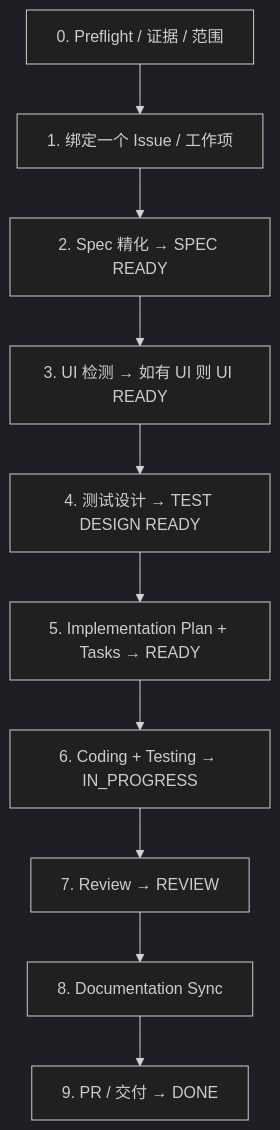
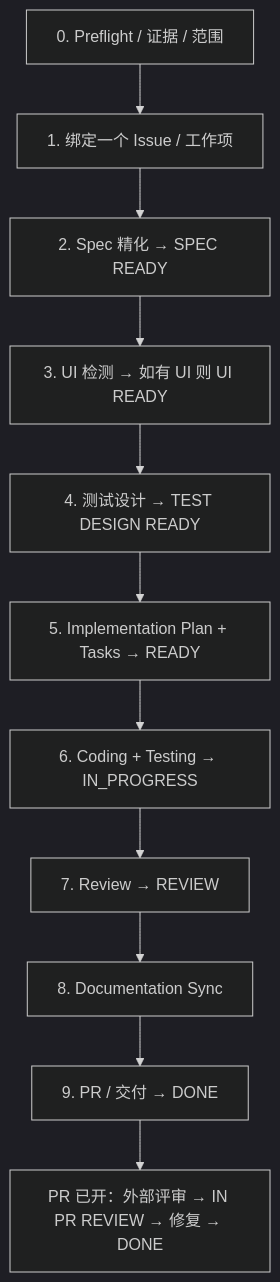
Before and after one commit to MaoyuanYang/foundry: the diagram in docs/zh/feature-dev/index.md, drawn with Mermaid (dark theme). The commit also changed other lines of this file and 50 other files, not shown here.

````diff
--- a/docs/zh/feature-dev/index.md
+++ b/docs/zh/feature-dev/index.md
@@ -13,12 +13,13 @@
 ```mermaid
 flowchart TD
   P0[0. Preflight / 证据 / 范围] --> P1[1. 绑定一个 Issue / 工作项]
   P1 --> P2[2. Spec 精化 → SPEC READY]
   P2 --> P3[3. UI 检测 → 如有 UI 则 UI READY]
   P3 --> P4[4. 测试设计 → TEST DESIGN READY]
   P4 --> P5[5. Implementation Plan + Tasks → READY]
   P5 --> P6[6. Coding + Testing → IN_PROGRESS]
   P6 --> P7[7. Review → REVIEW]
   P7 --> P8[8. Documentation Sync]
   P8 --> P9[9. PR / 交付 → DONE]
+  P9 --> PR9[PR 已开：外部评审 → IN PR REVIEW → 修复 → DONE]
 ```
````
